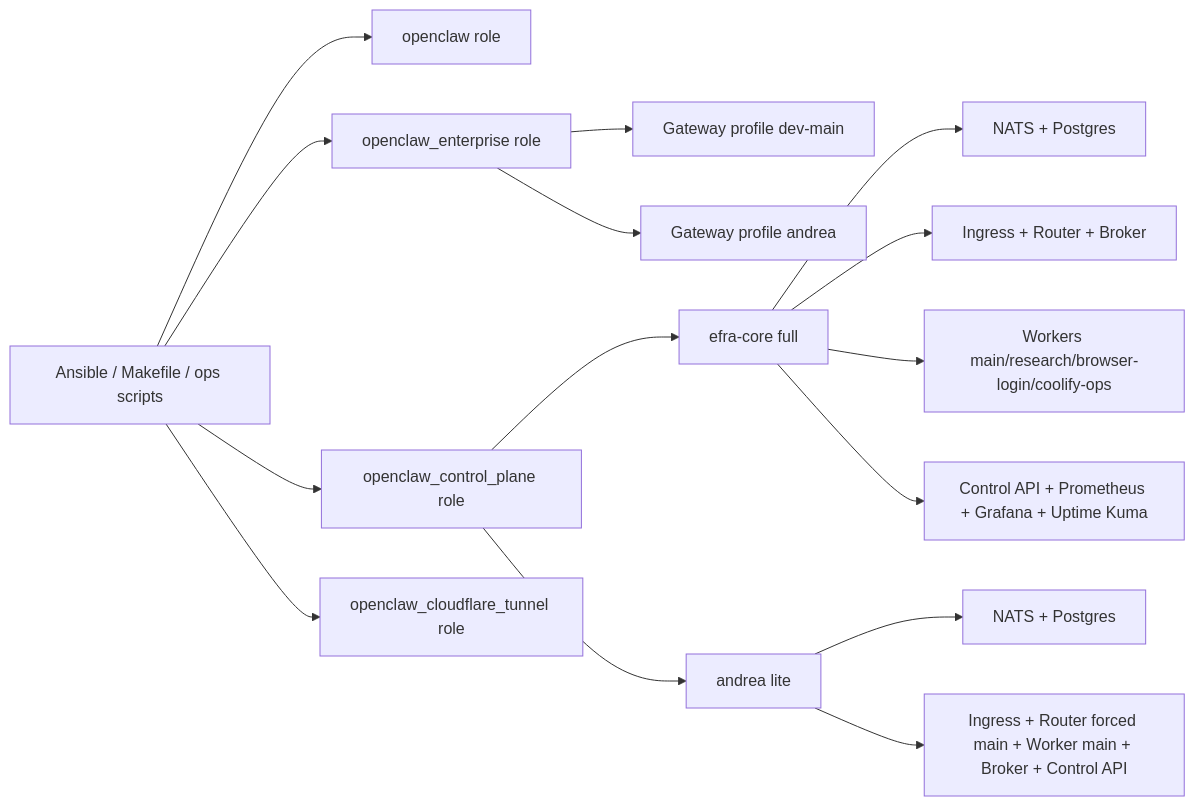
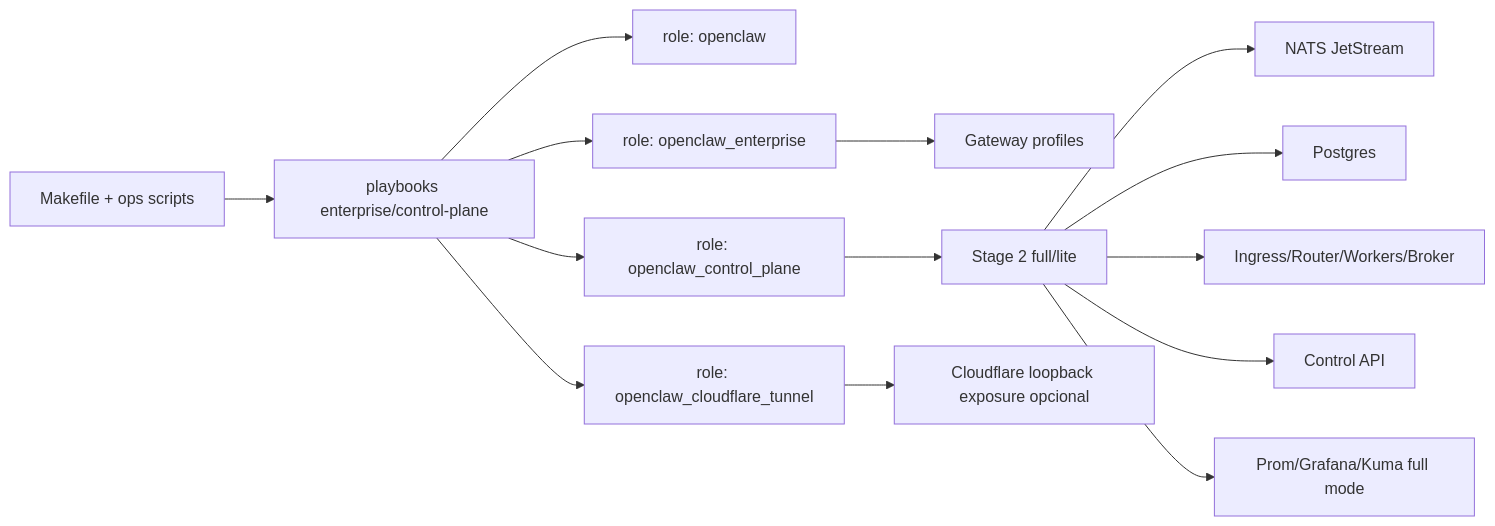
One commit to openclaw/openclaw-ansible changed the first of 2 diagrams in README.md. Above: the diagram before and after it, drawn with Mermaid. The commit also changed other lines of this file and 5 other files, not shown here.

````diff
--- a/README.md
+++ b/README.md
@@ -52,21 +54,18 @@
 ```mermaid
 flowchart LR
-  A[Ansible / Makefile / ops scripts] --> B[openclaw role]
-  A --> C[openclaw_enterprise role]
-  A --> D[openclaw_control_plane role]
-  A --> E[openclaw_cloudflare_tunnel role]
+  A[Makefile + ops scripts] --> B[playbooks enterprise/control-plane]
+  B --> C[role: openclaw]
+  B --> D[role: openclaw_enterprise]
+  B --> E[role: openclaw_control_plane]
+  B --> F[role: openclaw_cloudflare_tunnel]
 
-  C --> F[Gateway profile dev-main]
-  C --> G[Gateway profile andrea]
+  D --> G[Gateway profiles]
+  E --> H[Stage 2 full/lite]
+  F --> I[Cloudflare loopback exposure opcional]
 
-  D --> H[efra-core full]
-  D --> I[andrea lite]
-
-  H --> H1[NATS + Postgres]
-  H --> H2[Ingress + Router + Broker]
-  H --> H3[Workers main/research/browser-login/coolify-ops]
-  H --> H4[Control API + Prometheus + Grafana + Uptime Kuma]
-
-  I --> I1[NATS + Postgres]
-  I --> I2[Ingress + Router forced main + Worker main + Broker + Control API]
+  H --> H1[NATS JetStream]
+  H --> H2[Postgres]
+  H --> H3[Ingress/Router/Workers/Broker]
+  H --> H4[Control API]
+  H --> H5[Prom/Grafana/Kuma full mode]
 ```
````
